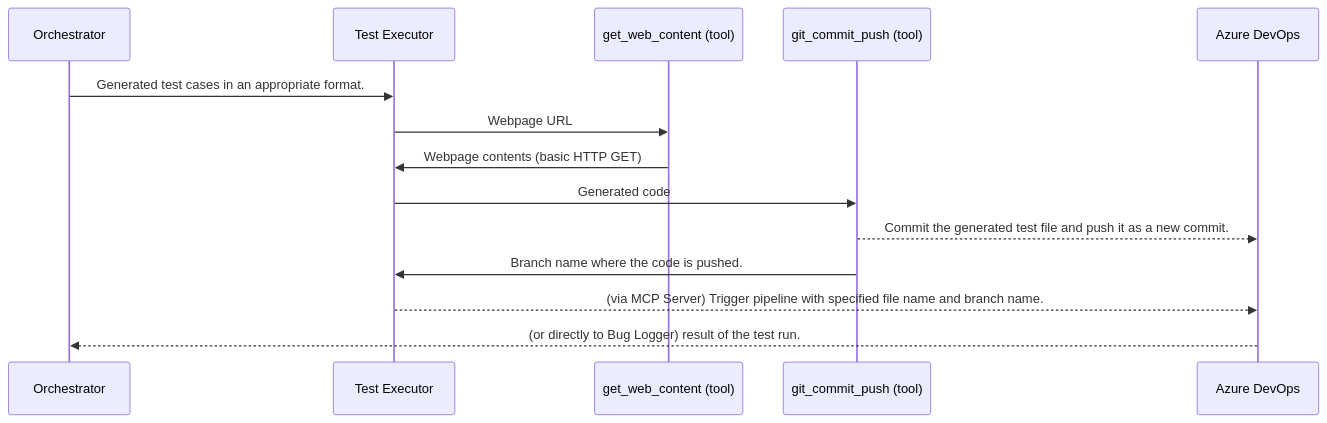
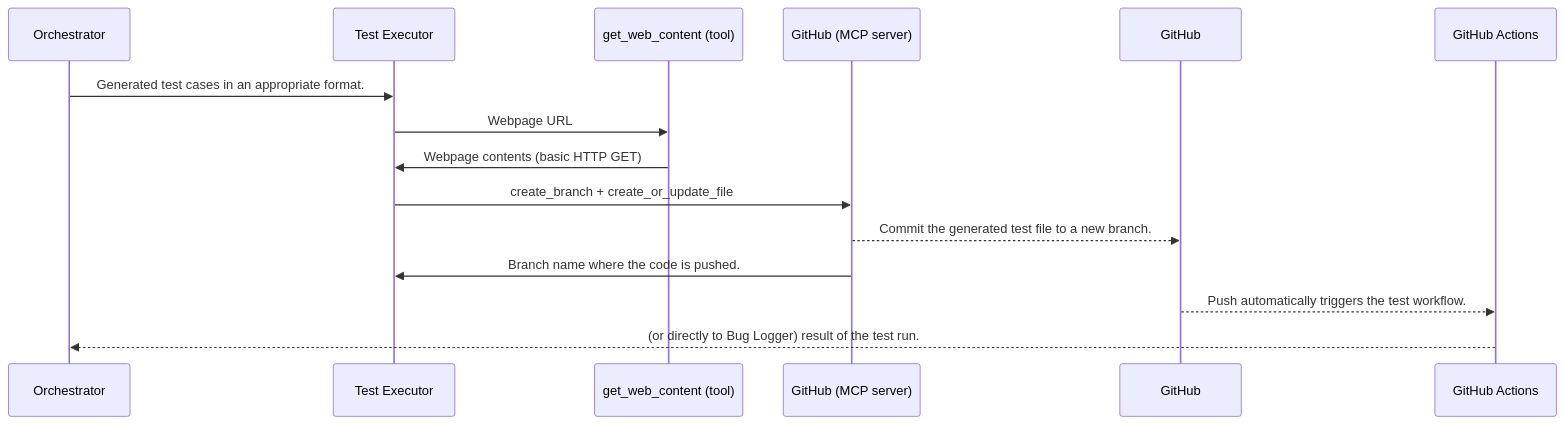
One commit to yashovardhan99/stlc-foundry-solution changed the diagram in README.md. Above: the diagram before and after it, drawn with Mermaid. The commit also changed other lines of this file and 9 other files, not shown here.

````diff
--- a/README.md
+++ b/README.md
@@ -23,11 +23,11 @@
 ``` mermaid
 sequenceDiagram
     Orchestrator ->> Test Executor: Generated test cases in an appropriate format.
     Test Executor ->> get_web_content (tool): Webpage URL
     get_web_content (tool) ->> Test Executor: Webpage contents (basic HTTP GET)
-    Test Executor ->> git_commit_push (tool): Generated code
-    git_commit_push (tool) -->> Azure DevOps: Commit the generated test file and push it as a new commit.
-    git_commit_push (tool) ->> Test Executor: Branch name where the code is pushed.
-    Test Executor -->> Azure DevOps: (via MCP Server) Trigger pipeline with specified file name and branch name.
-    Azure DevOps -->> Orchestrator: (or directly to Bug Logger) result of the test run.
+    Test Executor ->> GitHub (MCP server): create_branch + create_or_update_file
+    GitHub (MCP server) -->> GitHub: Commit the generated test file to a new branch.
+    GitHub (MCP server) ->> Test Executor: Branch name where the code is pushed.
+    GitHub -->> GitHub Actions: Push automatically triggers the test workflow.
+    GitHub Actions -->> Orchestrator: (or directly to Bug Logger) result of the test run.
 ```
````
